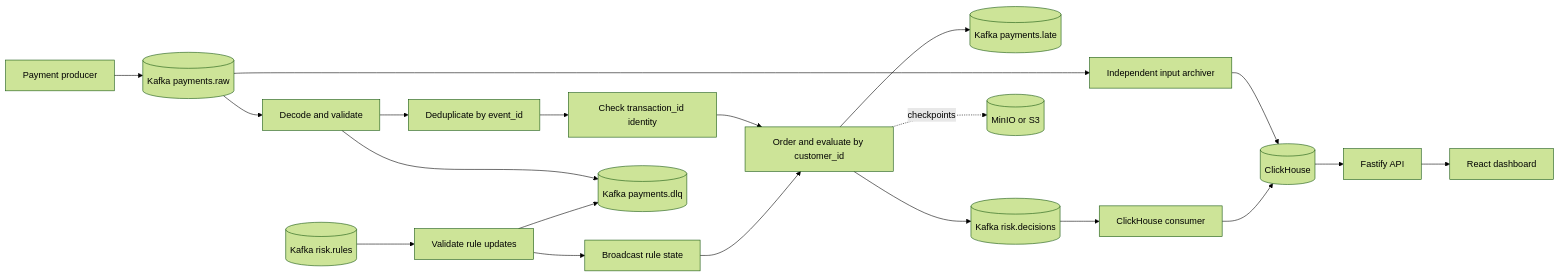
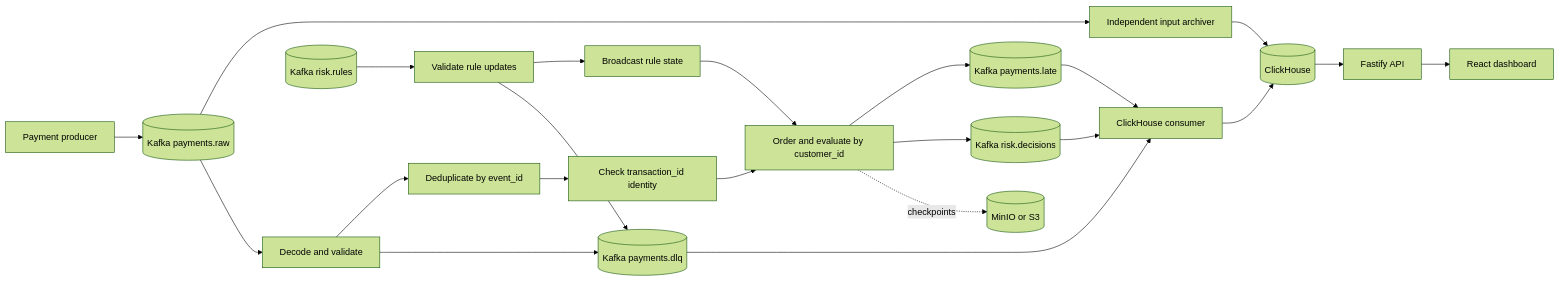
Before and after one commit to acilione/payment-risk: the diagram in README.md, drawn with Mermaid (forest theme). The commit also changed other lines of this file and 31 other files, not shown here.

````diff
--- a/README.md
+++ b/README.md
@@ -207,22 +211,24 @@
 ```mermaid
 flowchart LR
   P[Payment producer] --> K[(Kafka payments.raw)]
   K --> I[Independent input archiver]
   I --> C[(ClickHouse)]
   K --> V[Decode and validate]
   V --> D[Deduplicate by event_id]
   D --> T[Check transaction_id identity]
   T --> E[Order and evaluate by customer_id]
   R[(Kafka risk.rules)] --> RV[Validate rule updates]
   RV --> B[Broadcast rule state]
   B --> E
   V --> Q[(Kafka payments.dlq)]
   RV --> Q
   E --> L[(Kafka payments.late)]
   E --> O[(Kafka risk.decisions)]
   O --> M[ClickHouse consumer]
+  Q --> M
+  L --> M
   M --> C
   C --> A[Fastify API]
   A --> W[React dashboard]
   E -. checkpoints .-> S[(MinIO or S3)]
 ```
````
